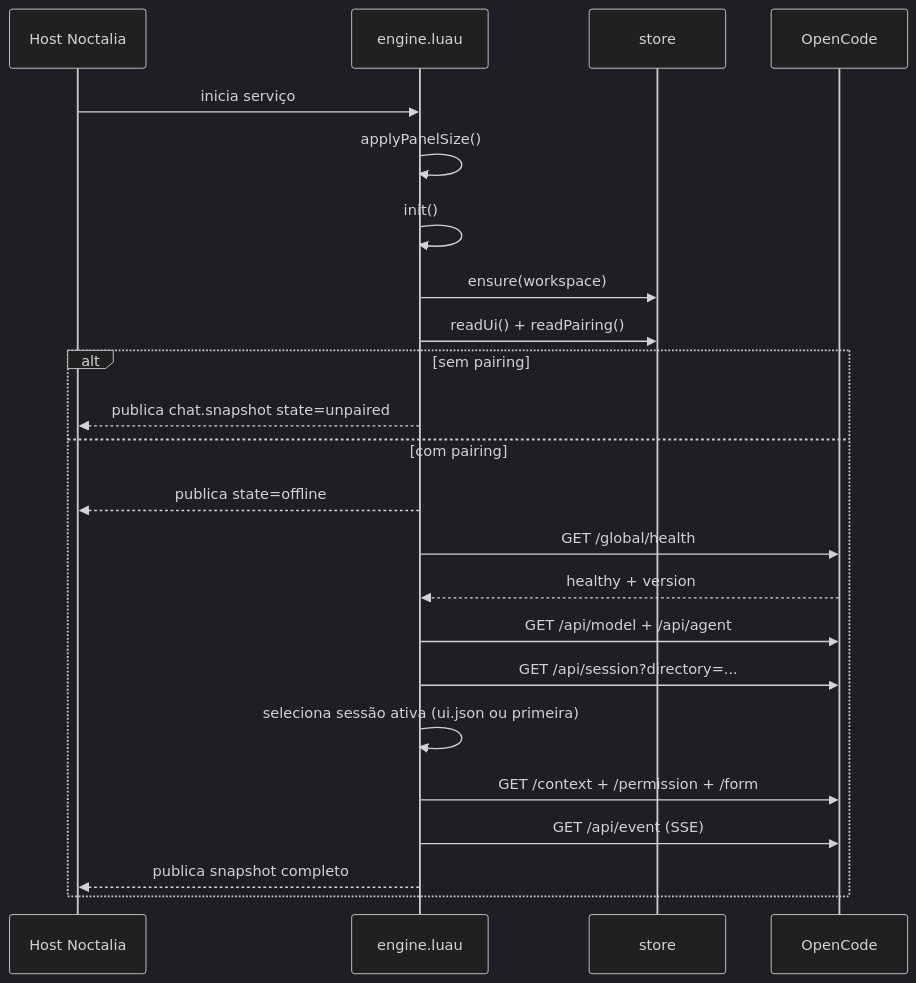
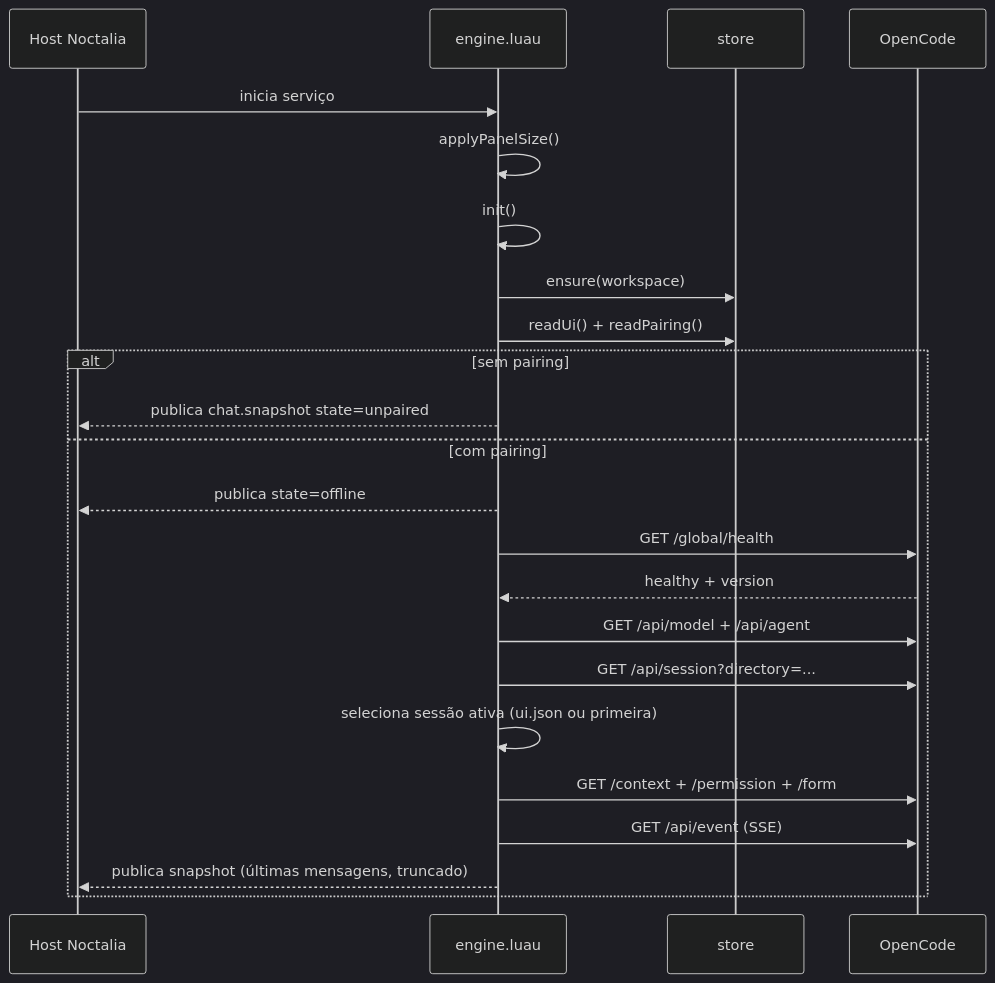
Before and after one commit to marcos2872/msbos-ai-chat: the second of 4 diagrams in docs/arquitetura.md, drawn with Mermaid (dark theme). The commit also changed other lines of this file and 8 other files, not shown here.

````diff
--- a/docs/arquitetura.md
+++ b/docs/arquitetura.md
@@ -65,26 +65,26 @@
 ```mermaid
 sequenceDiagram
     participant H as Host Noctalia
     participant E as engine.luau
     participant S as store
     participant OC as OpenCode
 
     H->>E: inicia serviço
     E->>E: applyPanelSize()
     E->>E: init()
     E->>S: ensure(workspace)
     E->>S: readUi() + readPairing()
     alt sem pairing
         E-->>H: publica chat.snapshot state=unpaired
     else com pairing
         E-->>H: publica state=offline
         E->>OC: GET /global/health
         OC-->>E: healthy + version
         E->>OC: GET /api/model + /api/agent
         E->>OC: GET /api/session?directory=...
         E->>E: seleciona sessão ativa (ui.json ou primeira)
         E->>OC: GET /context + /permission + /form
         E->>OC: GET /api/event (SSE)
-        E-->>H: publica snapshot completo
+        E-->>H: publica snapshot (últimas mensagens, truncado)
     end
 ```
````
